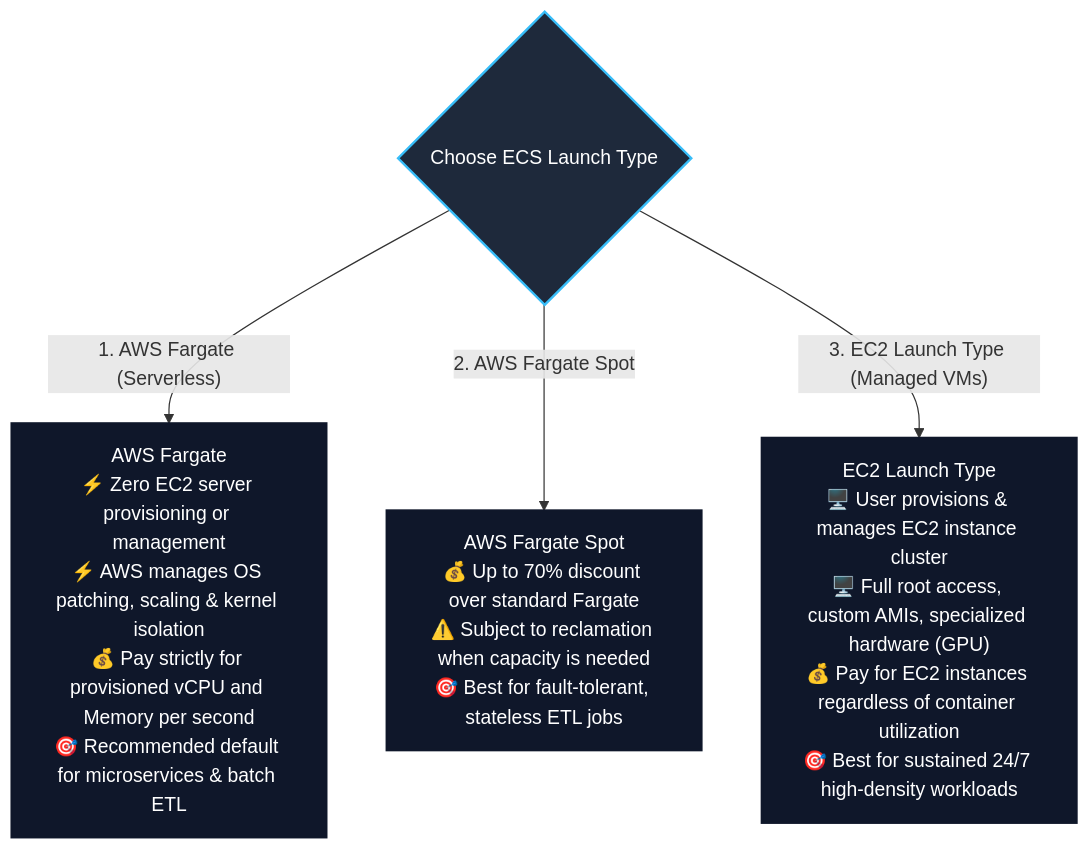
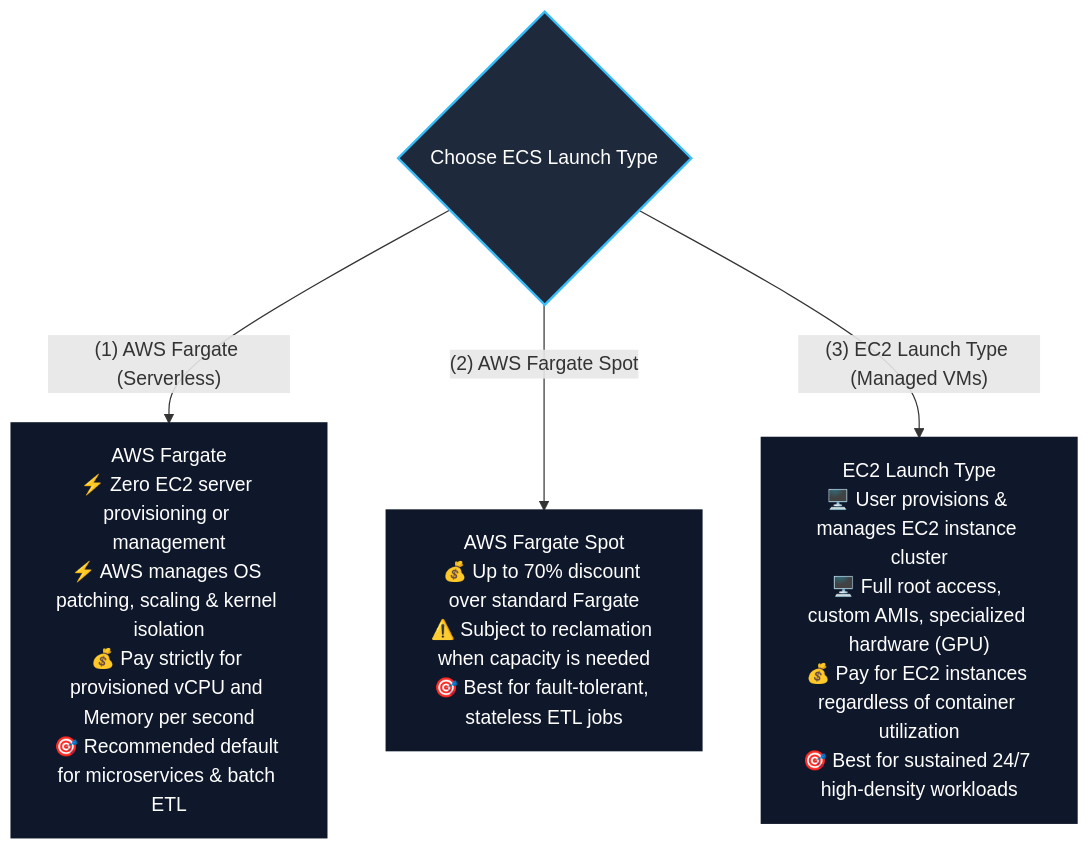
One commit to Wathon/aws-dea-c01-note changed the fifth of 12 diagrams in content/02-services/compute-containers/ecr-ecs-eks.md. Above: the diagram before and after it, drawn with Mermaid. The commit also changed other lines of this file and 19 other files, not shown here.

Commit message:
fix(mermaid): resolve 'Unsupported markdown: list' rendering issues across all diagram node and edge labels

````diff
--- a/content/02-services/compute-containers/ecr-ecs-eks.md
+++ b/content/02-services/compute-containers/ecr-ecs-eks.md
@@ -264,16 +264,16 @@
 ```mermaid
 graph TD
     LaunchChoice{Choose ECS Launch Type}
 
-    LaunchChoice -->|"1. AWS Fargate (Serverless)"| Fargate["AWS Fargate<br/>⚡ Zero EC2 server provisioning or management<br/>⚡ AWS manages OS patching, scaling & kernel isolation<br/>💰 Pay strictly for provisioned vCPU and Memory per second<br/>🎯 Recommended default for microservices & batch ETL"]
+    LaunchChoice -->|"(1) AWS Fargate (Serverless)"| Fargate["AWS Fargate<br/>⚡ Zero EC2 server provisioning or management<br/>⚡ AWS manages OS patching, scaling & kernel isolation<br/>💰 Pay strictly for provisioned vCPU and Memory per second<br/>🎯 Recommended default for microservices & batch ETL"]
 
-    LaunchChoice -->|"2. AWS Fargate Spot"| FargateSpot["AWS Fargate Spot<br/>💰 Up to 70% discount over standard Fargate<br/>⚠️ Subject to reclamation when capacity is needed<br/>🎯 Best for fault-tolerant, stateless ETL jobs"]
+    LaunchChoice -->|"(2) AWS Fargate Spot"| FargateSpot["AWS Fargate Spot<br/>💰 Up to 70% discount over standard Fargate<br/>⚠️ Subject to reclamation when capacity is needed<br/>🎯 Best for fault-tolerant, stateless ETL jobs"]
 
-    LaunchChoice -->|"3. EC2 Launch Type (Managed VMs)"| EC2Launch["EC2 Launch Type<br/>🖥️ User provisions & manages EC2 instance cluster<br/>🖥️ Full root access, custom AMIs, specialized hardware (GPU)<br/>💰 Pay for EC2 instances regardless of container utilization<br/>🎯 Best for sustained 24/7 high-density workloads"]
+    LaunchChoice -->|"(3) EC2 Launch Type (Managed VMs)"| EC2Launch["EC2 Launch Type<br/>🖥️ User provisions & manages EC2 instance cluster<br/>🖥️ Full root access, custom AMIs, specialized hardware (GPU)<br/>💰 Pay for EC2 instances regardless of container utilization<br/>🎯 Best for sustained 24/7 high-density workloads"]
 
     classDef dec fill:#1e293b,stroke:#38bdf8,stroke-width:2px,color:#fff;
     classDef opt fill:#0f172a,stroke:#0f172a,stroke-width:2px,color:#fff;
 
     class LaunchChoice dec;
     class Fargate,FargateSpot,EC2Launch opt;
 ```
````
